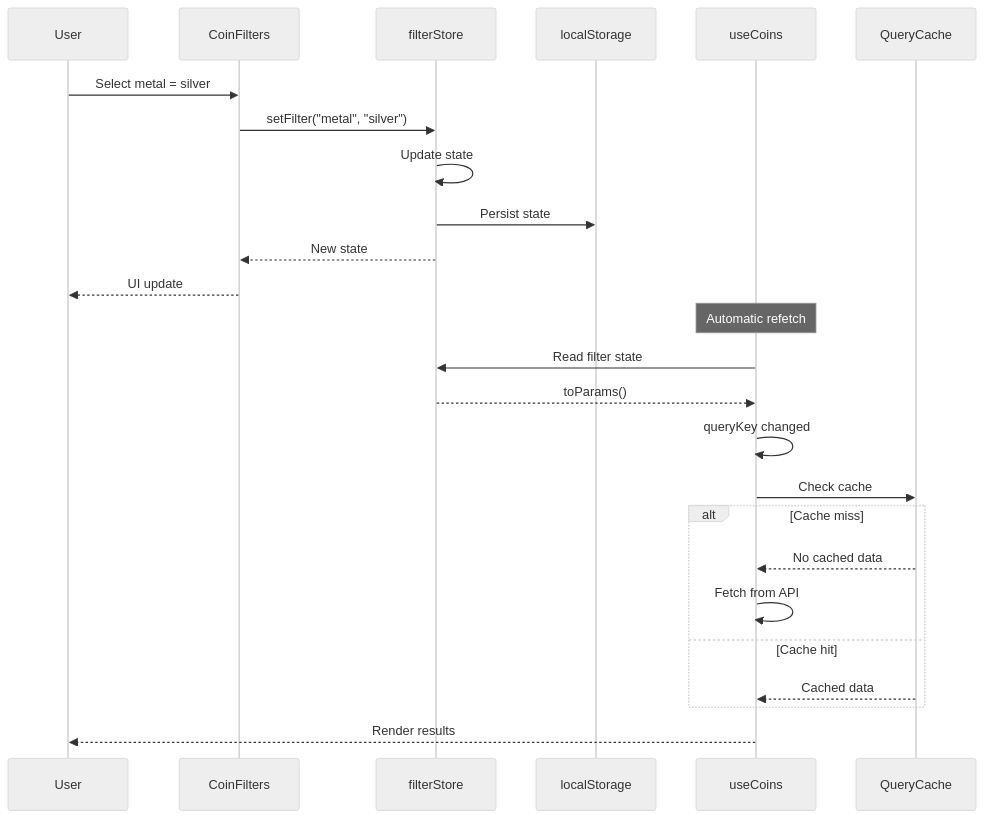
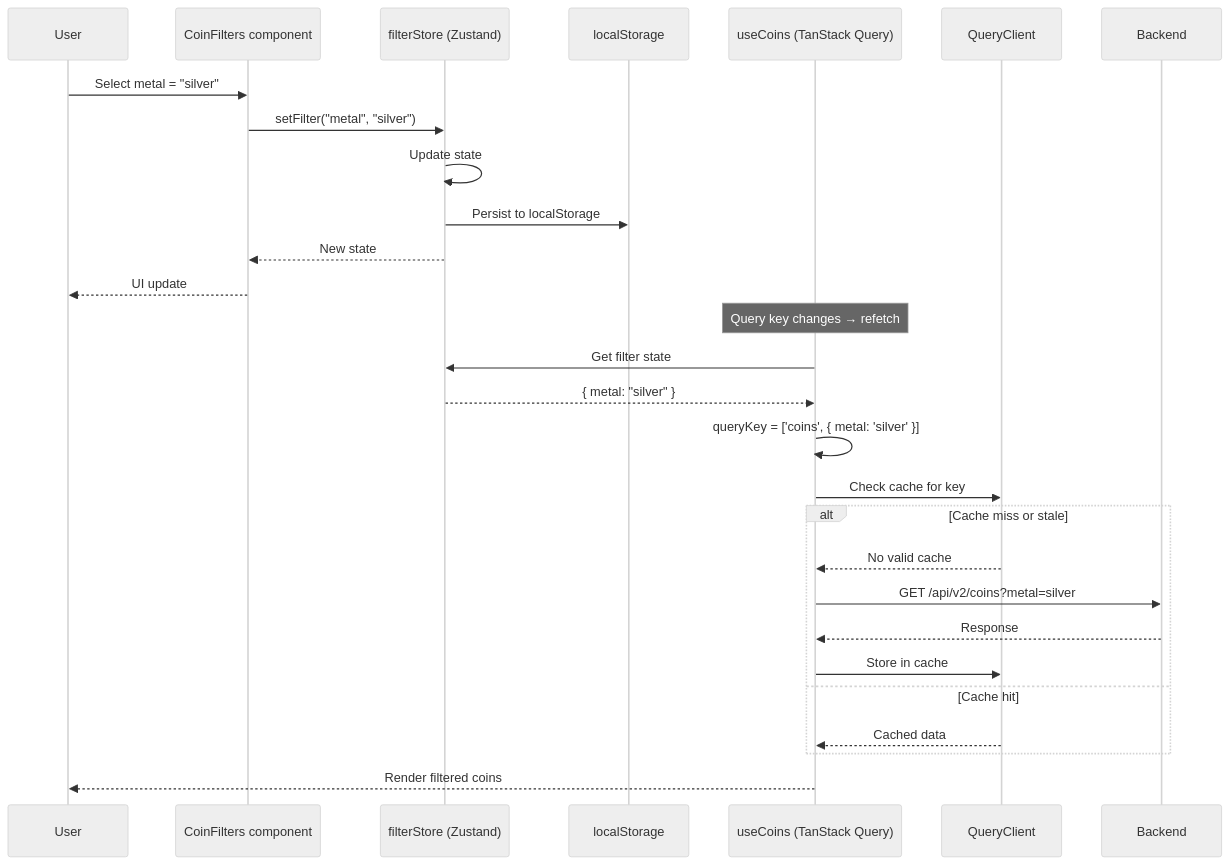
The tenth of 18 diagrams in docs/ai-guide/06-DATA-FLOWS.md (isayev/coinstack), drawn with Mermaid (neutral theme) before and after one commit. The commit also changed other lines of this file and 6 other files, not shown here.

````diff
--- a/docs/ai-guide/06-DATA-FLOWS.md
+++ b/docs/ai-guide/06-DATA-FLOWS.md
@@ -433,32 +409,35 @@
 ```mermaid
 sequenceDiagram
     participant User
-    participant Filter as CoinFilters
-    participant Store as filterStore
+    participant Filter as CoinFilters component
+    participant Store as filterStore (Zustand)
     participant Storage as localStorage
-    participant Hook as useCoins
-    participant Cache as QueryCache
+    participant Hook as useCoins (TanStack Query)
+    participant Cache as QueryClient
+    participant API as Backend
 
-    User->>Filter: Select metal = silver
+    User->>Filter: Select metal = "silver"
     Filter->>Store: setFilter("metal", "silver")
     Store->>Store: Update state
-    Store->>Storage: Persist state
+    Store->>Storage: Persist to localStorage
     Store-->>Filter: New state
     Filter-->>User: UI update
-    
-    Note over Hook: Automatic refetch
-    
-    Hook->>Store: Read filter state
-    Store-->>Hook: toParams()
-    Hook->>Hook: queryKey changed
-    Hook->>Cache: Check cache
-    
-    alt Cache miss
-        Cache-->>Hook: No cached data
-        Hook->>Hook: Fetch from API
+
+    Note over Hook: Query key changes → refetch
+
+    Hook->>Store: Get filter state
+    Store-->>Hook: { metal: "silver" }
+    Hook->>Hook: queryKey = ['coins', { metal: 'silver' }]
+    Hook->>Cache: Check cache for key
+
+    alt Cache miss or stale
+        Cache-->>Hook: No valid cache
+        Hook->>API: GET /api/v2/coins?metal=silver
+        API-->>Hook: Response
+        Hook->>Cache: Store in cache
     else Cache hit
         Cache-->>Hook: Cached data
     end
-    
-    Hook-->>User: Render results
+
+    Hook-->>User: Render filtered coins
 ```
````
